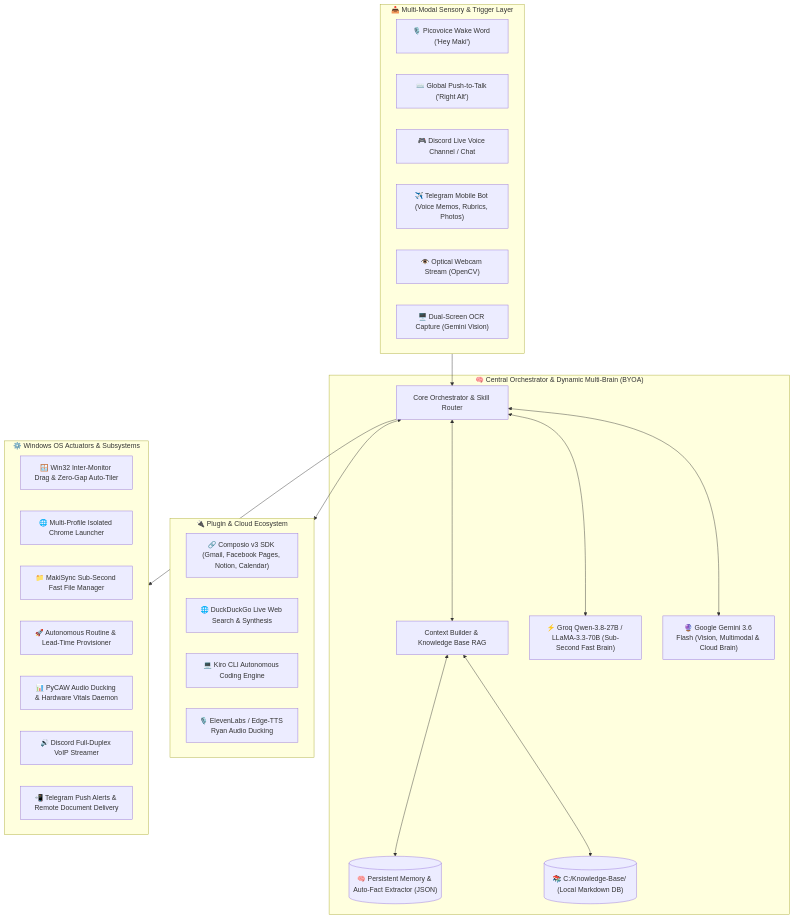
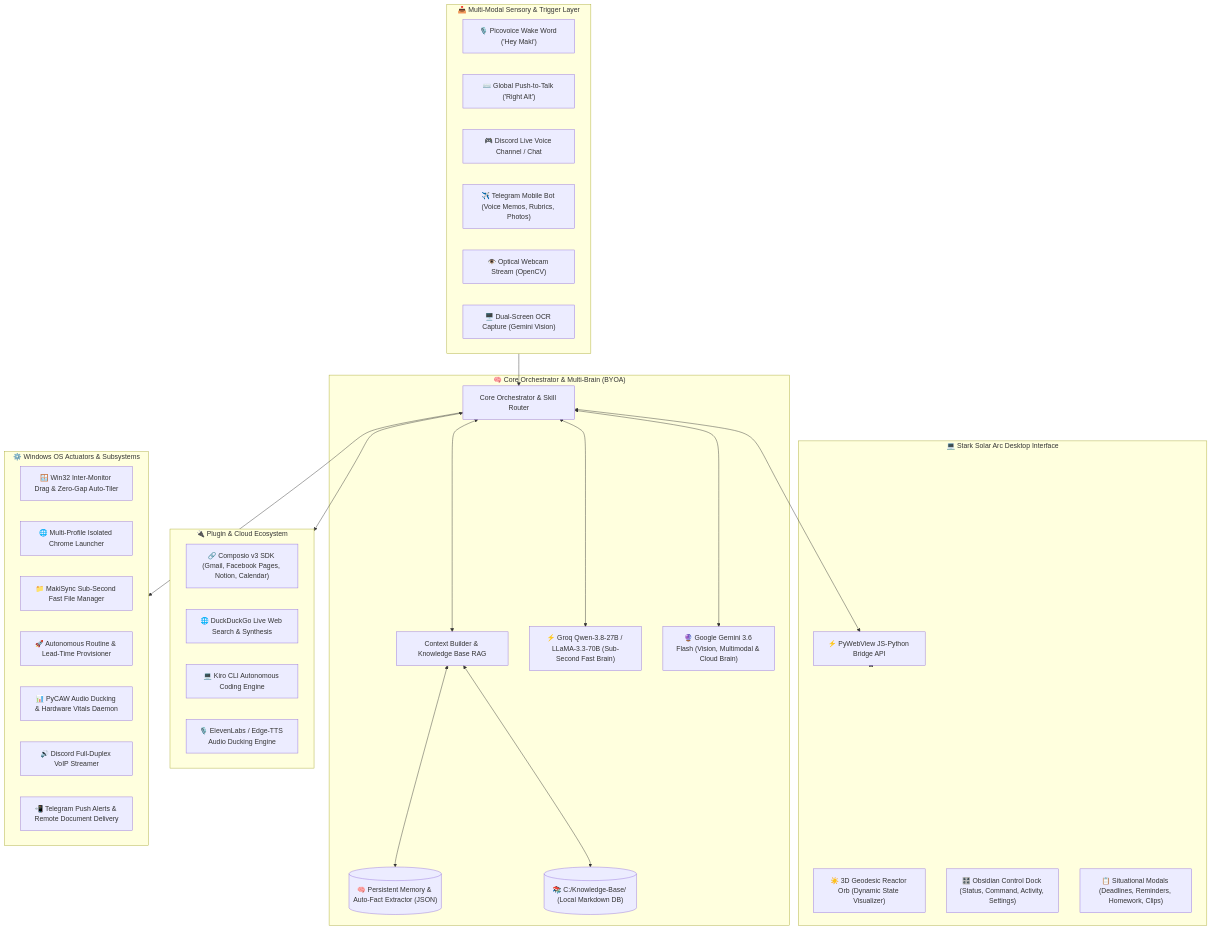
One commit to makinity/MakiAI changed the diagram in README.md. Above: the diagram before and after it, drawn with Mermaid. The commit also changed other lines of this file, not shown here.

````diff
--- a/README.md
+++ b/README.md
@@ -48,46 +65,55 @@
 ```mermaid
 flowchart TB
     subgraph Sensory["📥 Multi-Modal Sensory & Trigger Layer"]
         WW["🎙️ Picovoice Wake Word ('Hey Maki')"]
         PTT["⌨️ Global Push-to-Talk ('Right Alt')"]
         DISC_IN["🎮 Discord Live Voice Channel / Chat"]
         TG_IN["✈️ Telegram Mobile Bot (Voice Memos, Rubrics, Photos)"]
         CAM["👁️ Optical Webcam Stream (OpenCV)"]
         SCR["🖥️ Dual-Screen OCR Capture (Gemini Vision)"]
     end
 
-    subgraph DualBrain["🧠 Central Orchestrator & Dynamic Multi-Brain (BYOA)"]
+    subgraph CoreEngine["🧠 Core Orchestrator & Multi-Brain (BYOA)"]
         ORCH["Core Orchestrator & Skill Router"]
         CTX["Context Builder & Knowledge Base RAG"]
         GROQ["⚡ Groq Qwen-3.8-27B / LLaMA-3.3-70B (Sub-Second Fast Brain)"]
         GEM["🔮 Google Gemini 3.6 Flash (Vision, Multimodal & Cloud Brain)"]
         MEM[("🧠 Persistent Memory & Auto-Fact Extractor (JSON)")]
         KB[("📚 C:/Knowledge-Base/ (Local Markdown DB)")]
     end
 
+    subgraph Frontend["💻 Stark Solar Arc Desktop Interface"]
+        CANVAS["☀️ 3D Geodesic Reactor Orb (Dynamic State Visualizer)"]
+        DOCK["🎛️ Obsidian Control Dock (Status, Command, Activity, Settings)"]
+        MODALS["📋 Situational Modals (Deadlines, Reminders, Homework, Clips)"]
+        BRIDGE["⚡ PyWebView JS-Python Bridge API"]
+    end
+
     subgraph Plugins["🔌 Plugin & Cloud Ecosystem"]
         COMP["🔗 Composio v3 SDK (Gmail, Facebook Pages, Notion, Calendar)"]
         DDG["🌐 DuckDuckGo Live Web Search & Synthesis"]
         KIRO["💻 Kiro CLI Autonomous Coding Engine"]
-        EL["🎙️ ElevenLabs / Edge-TTS Ryan Audio Ducking"]
+        EL["🎙️ ElevenLabs / Edge-TTS Audio Ducking Engine"]
     end
 
     subgraph Actuators["⚙️ Windows OS Actuators & Subsystems"]
         WINDOW["🪟 Win32 Inter-Monitor Drag & Zero-Gap Auto-Tiler"]
         CHROME["🌐 Multi-Profile Isolated Chrome Launcher"]
         FILES["📁 MakiSync Sub-Second Fast File Manager"]
         ROUTINE["🚀 Autonomous Routine & Lead-Time Provisioner"]
         SYSTEM["📊 PyCAW Audio Ducking & Hardware Vitals Daemon"]
         DISC_OUT["🔊 Discord Full-Duplex VoIP Streamer"]
         TG_OUT["📲 Telegram Push Alerts & Remote Document Delivery"]
     end
 
     Sensory --> ORCH
     ORCH <--> CTX
     CTX <--> KB
     CTX <--> MEM
     ORCH <--> GROQ
     ORCH <--> GEM
     ORCH <--> Plugins
+    ORCH <--> BRIDGE
+    BRIDGE <--> Frontend
     ORCH --> Actuators
 ```
````
